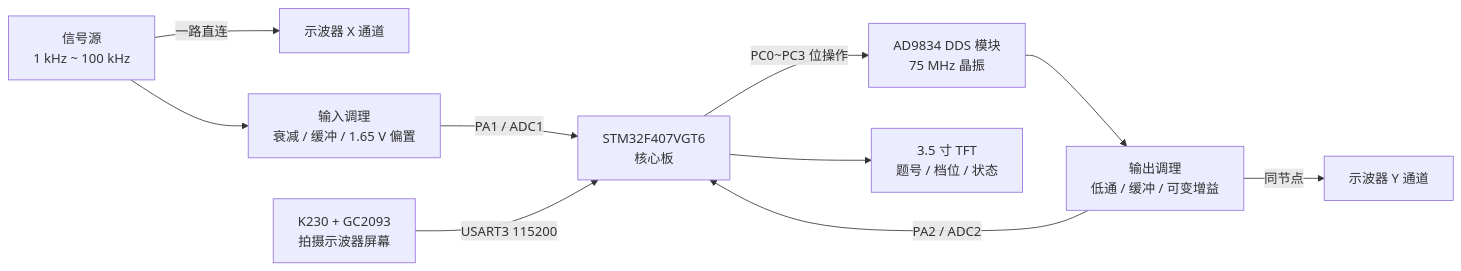
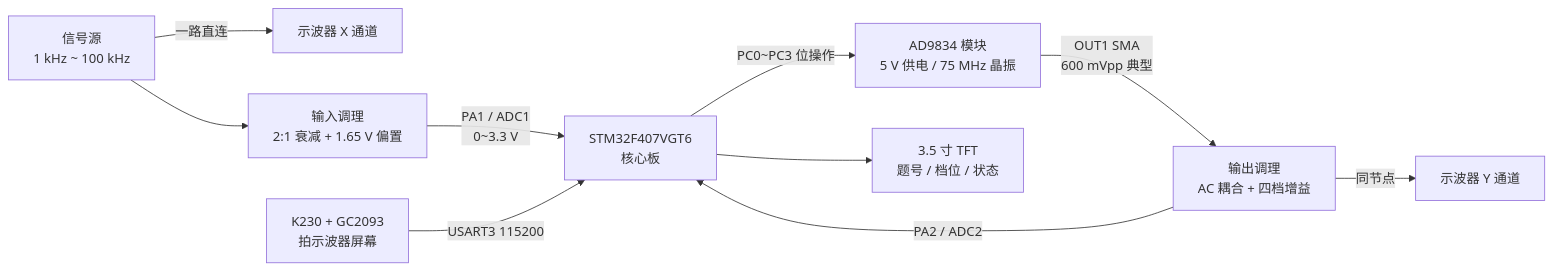
The diagram in docs/hardware.md (lissajous-lab/lissajous-display-f407), drawn with Mermaid before and after one commit. The commit also changed other lines of this file and 15 other files, not shown here.

````diff
--- a/docs/hardware.md
+++ b/docs/hardware.md
@@ -10,12 +10,12 @@
 ```mermaid
 flowchart LR
     SG["信号源<br/>1 kHz ~ 100 kHz"] -->|"一路直连"| OSC_X["示波器 X 通道"]
-    SG --> COND_IN["输入调理<br/>衰减 / 缓冲 / 1.65 V 偏置"]
-    COND_IN -->|"PA1 / ADC1"| MCU["STM32F407VGT6<br/>核心板"]
-    MCU -->|"PC0~PC3 位操作"| DDS["AD9834 DDS 模块<br/>75 MHz 晶振"]
-    DDS --> COND_OUT["输出调理<br/>低通 / 缓冲 / 可变增益"]
-    COND_OUT -->|"同节点"| OSC_Y["示波器 Y 通道"]
-    COND_OUT -->|"PA2 / ADC2"| MCU
-    CAM["K230 + GC2093<br/>拍摄示波器屏幕"] -->|"USART3 115200"| MCU
+    SG --> ATT["输入调理<br/>2:1 衰减 + 1.65 V 偏置"]
+    ATT -->|"PA1 / ADC1<br/>0~3.3 V"| MCU["STM32F407VGT6<br/>核心板"]
+    MCU -->|"PC0~PC3 位操作"| DDS["AD9834 模块<br/>5 V 供电 / 75 MHz 晶振"]
+    DDS -->|"OUT1 SMA<br/>600 mVpp 典型"| AMP["输出调理<br/>AC 耦合 + 四档增益"]
+    AMP -->|"同节点"| OSC_Y["示波器 Y 通道"]
+    AMP -->|"PA2 / ADC2"| MCU
+    CAM["K230 + GC2093<br/>拍示波器屏幕"] -->|"USART3 115200"| MCU
     MCU --> TFT["3.5 寸 TFT<br/>题号 / 档位 / 状态"]
 ```
````
